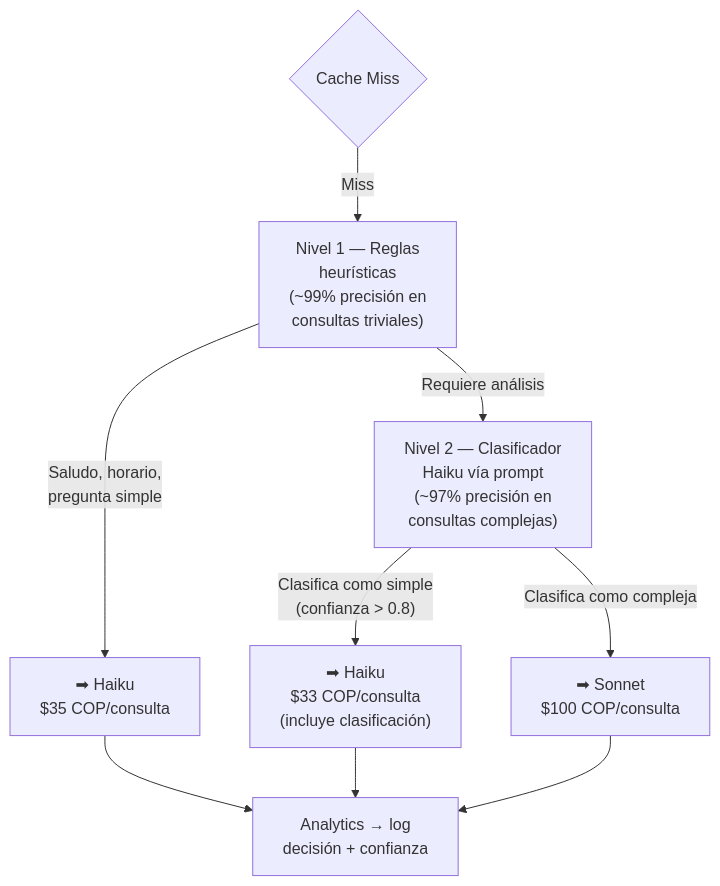
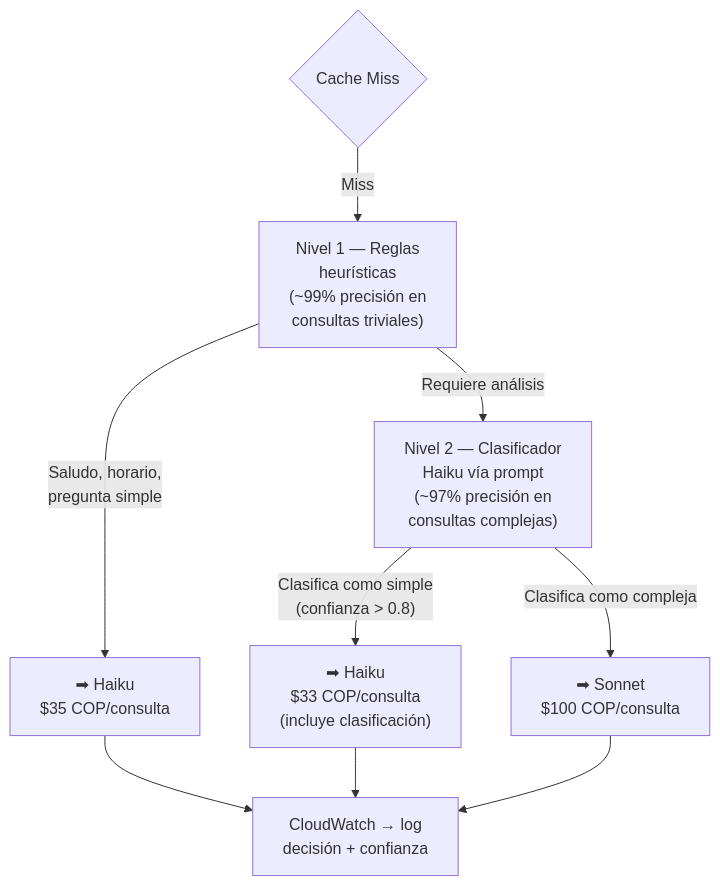
The sixth of 9 diagrams in docs/propuesta_tecnologica.md (johnruedal96/capillas), drawn with Mermaid before and after one commit. The commit also changed other lines of this file, not shown here.

````diff
--- a/docs/propuesta_tecnologica.md
+++ b/docs/propuesta_tecnologica.md
@@ -412,19 +409,19 @@
 ```mermaid
 flowchart TB
     CACHE{"Cache Miss"}
     L1["Nivel 1 — Reglas<br/>heurísticas<br/>(~99% precisión en<br/>consultas triviales)"]
     L1_SIMPLE["➡ Haiku<br/>$35 COP/consulta"]
     L2["Nivel 2 — Clasificador<br/>Haiku vía prompt<br/>(~97% precisión en<br/>consultas complejas)"]
     L2_SIMPLE["➡ Haiku<br/>$33 COP/consulta<br/>(incluye clasificación)"]
     L2_COMPLEX["➡ Sonnet<br/>$100 COP/consulta"]
-    ANALYTICS["Analytics → log<br/>decisión + confianza"]
+    CW["CloudWatch → log<br/>decisión + confianza"]
 
     CACHE -->|Miss| L1
     L1 -->|"Saludo, horario,<br/>pregunta simple"| L1_SIMPLE
     L1 -->|"Requiere análisis"| L2
     L2 -->|"Clasifica como simple<br/>(confianza > 0.8)"| L2_SIMPLE
     L2 -->|"Clasifica como compleja"| L2_COMPLEX
-    L1_SIMPLE --> ANALYTICS
-    L2_SIMPLE --> ANALYTICS
-    L2_COMPLEX --> ANALYTICS
+    L1_SIMPLE --> CW
+    L2_SIMPLE --> CW
+    L2_COMPLEX --> CW
 ```
````
